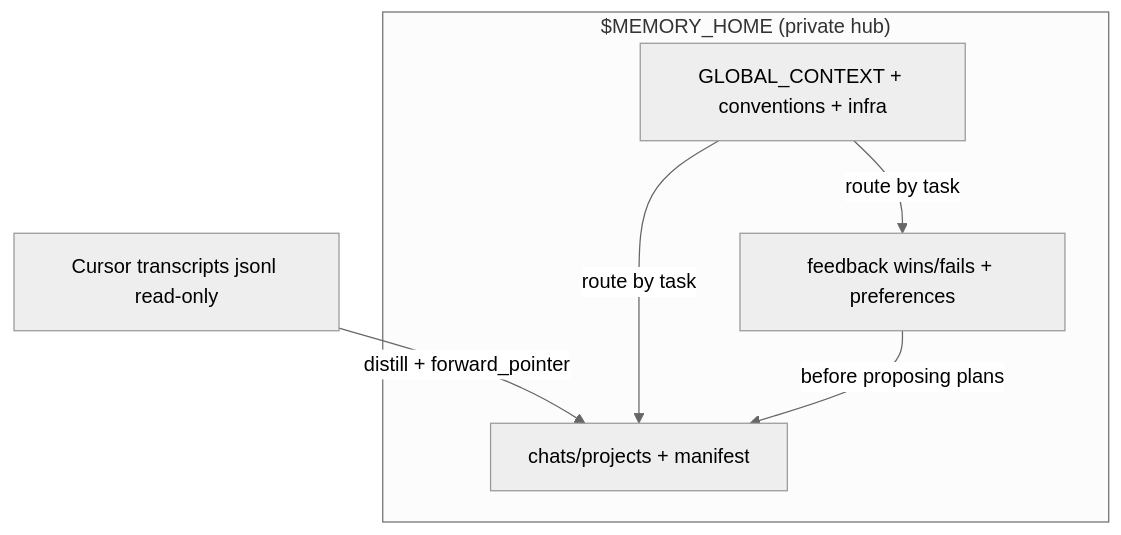
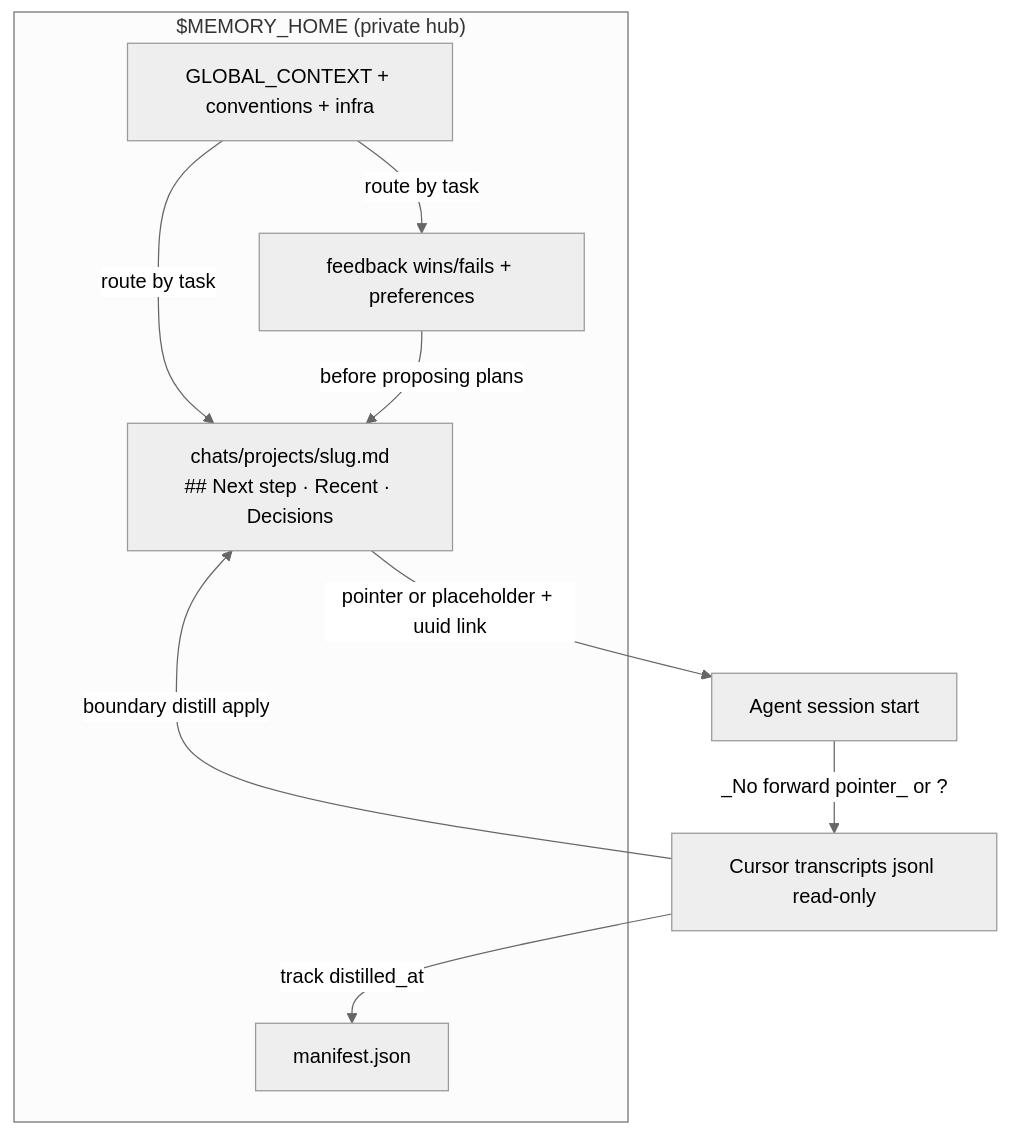
The diagram in README.md (raphael-batte/cursor-agent-memory), drawn with Mermaid (neutral theme) before and after one commit. The commit also changed other lines of this file and 5 other files, not shown here.

First line of the commit message:
docs: refresh README diagram, routing, and GitHub description

````diff
--- a/README.md
+++ b/README.md
@@ -24,14 +24,19 @@
 ```mermaid
 flowchart TB
   subgraph hub ["$MEMORY_HOME (private hub)"]
     GC[GLOBAL_CONTEXT + conventions + infra]
     FB[feedback wins/fails + preferences]
-    CH[chats/projects + manifest]
+    CH["chats/projects/slug.md\n## Next step · Recent · Decisions"]
+    MF[manifest.json]
   end
   TR[Cursor transcripts jsonl read-only]
+  AG[Agent session start]
 
-  TR -->|distill + forward_pointer| CH
+  TR -->|boundary distill apply| CH
+  TR -->|track distilled_at| MF
+  CH -->|pointer or placeholder + uuid link| AG
+  AG -->|_No forward pointer_ or ?| TR
   GC -->|route by task| FB
   GC -->|route by task| CH
   FB -->|before proposing plans| CH
 ```
````
